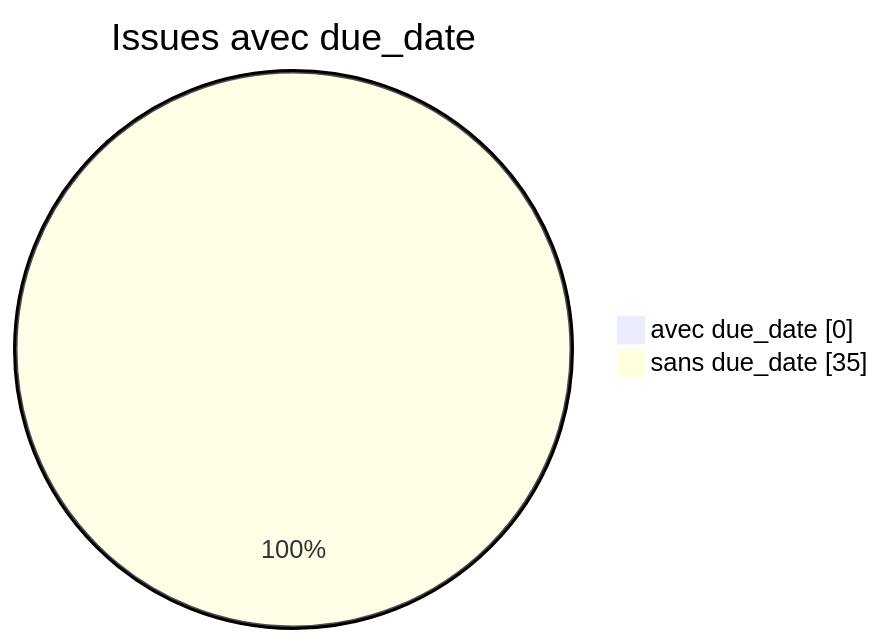
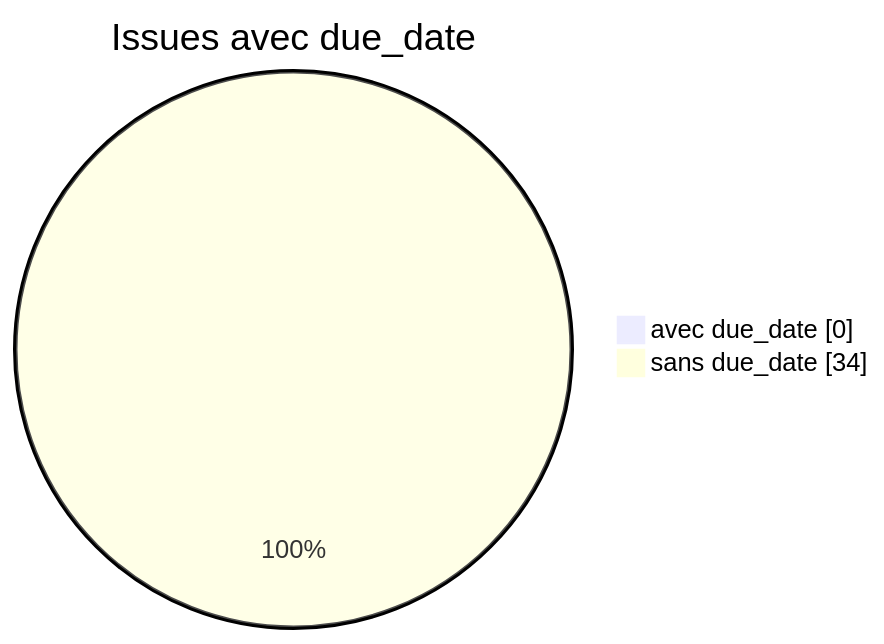
Before and after one commit to Gooseppr/GevOps_LC: the second of 7 diagrams in modules/M41_projet-board-J01.md, drawn with Mermaid. The commit also changed other lines of this file, not shown here.

````diff
--- a/modules/M41_projet-board-J01.md
+++ b/modules/M41_projet-board-J01.md
@@ -38,6 +38,6 @@
 ```mermaid
 pie showData
     title Issues avec due_date
     "avec due_date" : 0
-    "sans due_date" : 35
+    "sans due_date" : 34
 ```
````
